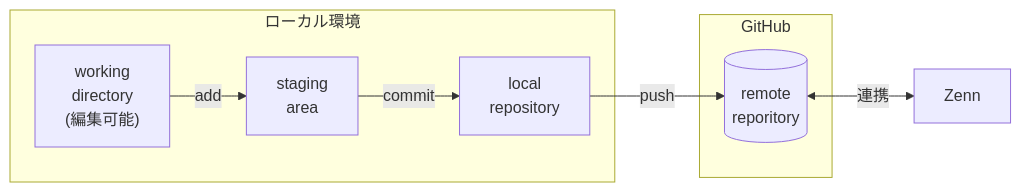
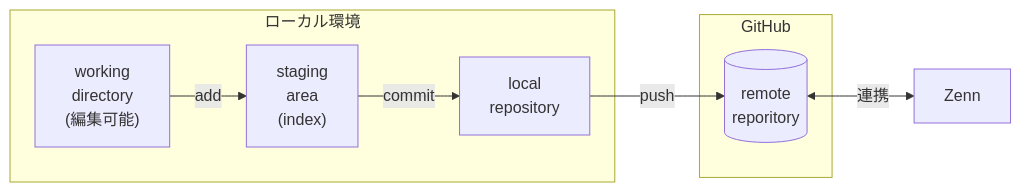
One commit to tabirider/zenn changed the diagram in articles/setup-zenn-github.md. Above: the diagram before and after it, drawn with Mermaid. The commit also changed other lines of this file and 1 other file, not shown here.

````diff
--- a/articles/setup-zenn-github.md
+++ b/articles/setup-zenn-github.md
@@ -277,16 +278,16 @@
 ```mermaid
 flowchart LR
 subgraph ローカル環境
 A[working<br>directory<br>#040;編集可能#041;]
-B[staging<br>area]
+B[staging<br>area<br>#040;index#041;]
 C[local<br>repository]
 end
 subgraph GitHub
 D[(remote<br>reporitory)]
 end
 E[Zenn]
 A -- add --> B
 B -- commit --> C
 C -- push --> D
 D <-- 連携 --> E
 ```
````
